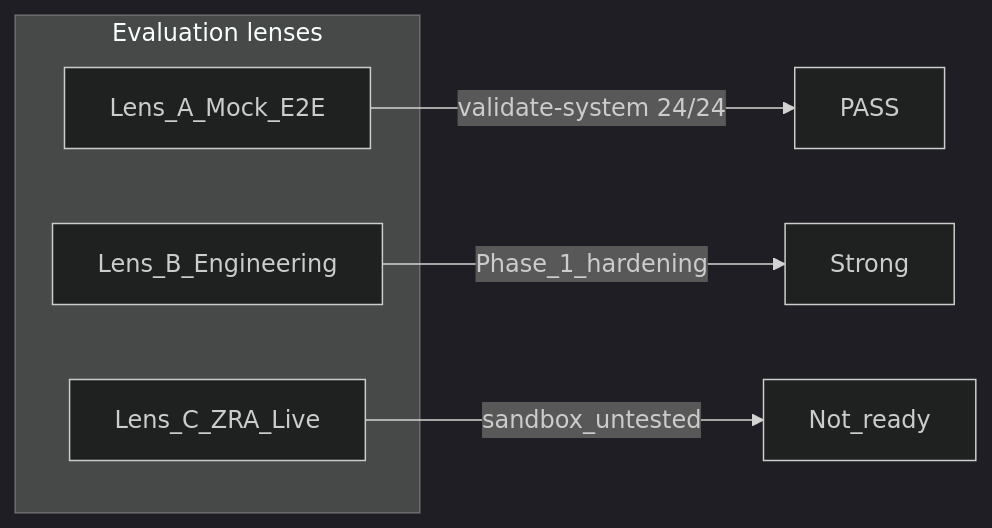
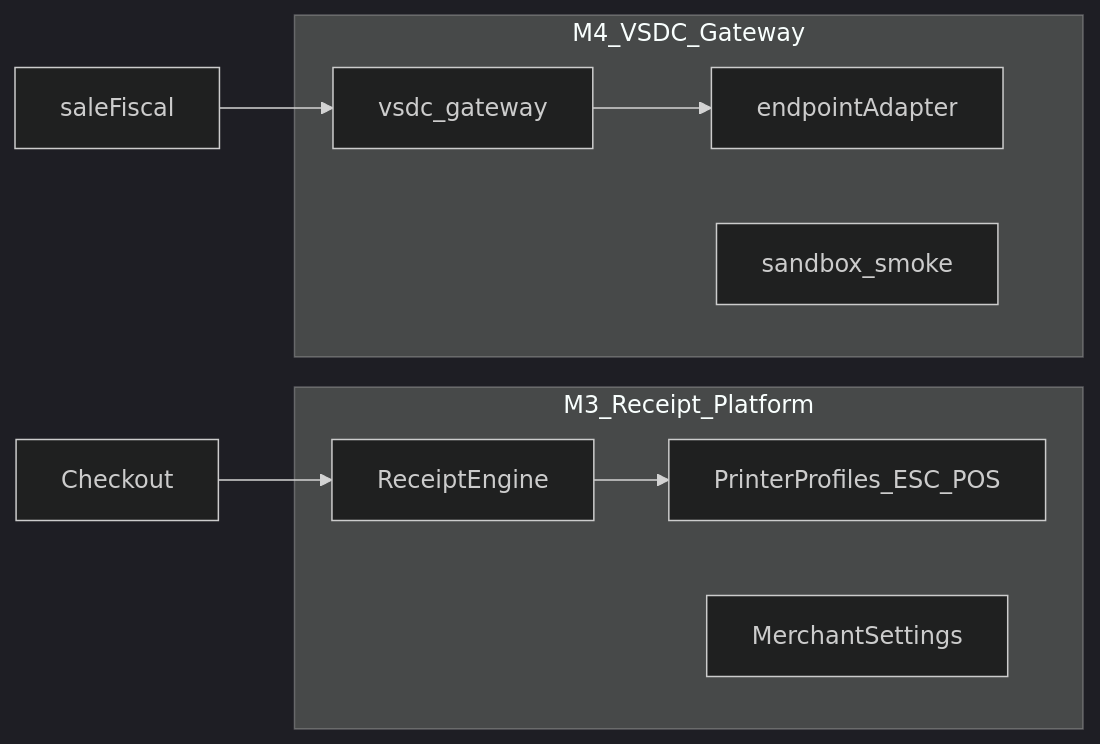
The diagram in STATUS.md (Numzn/SMARTPOS), drawn with Mermaid (dark theme) before and after one commit. The commit also changed other lines of this file and 42 other files, not shown here.

First line of the commit message:
feat: Milestone 3 (receipts/printing) + Milestone 4 (ZRA sandbox gateway)

````diff
--- a/STATUS.md
+++ b/STATUS.md
@@ -22,11 +21,16 @@
 ```mermaid
 flowchart LR
-  subgraph lenses [Evaluation lenses]
-    A[Lens_A_Mock_E2E]
-    B[Lens_B_Engineering]
-    C[Lens_C_ZRA_Live]
+  subgraph m3 [M3_Receipt_Platform]
+    RE[ReceiptEngine]
+    PM[PrinterProfiles_ESC_POS]
+    MS[MerchantSettings]
   end
-  A -->|"validate-system 24/24"| passA[PASS]
-  B -->|"Phase_1_hardening"| strongB[Strong]
-  C -->|"sandbox_untested"| gapC[Not_ready]
+  subgraph m4 [M4_VSDC_Gateway]
+    GW[vsdc_gateway]
+    EA[endpointAdapter]
+    SM[sandbox_smoke]
+  end
+  Checkout --> RE
+  RE --> PM
+  saleFiscal --> GW --> EA
 ```
````
